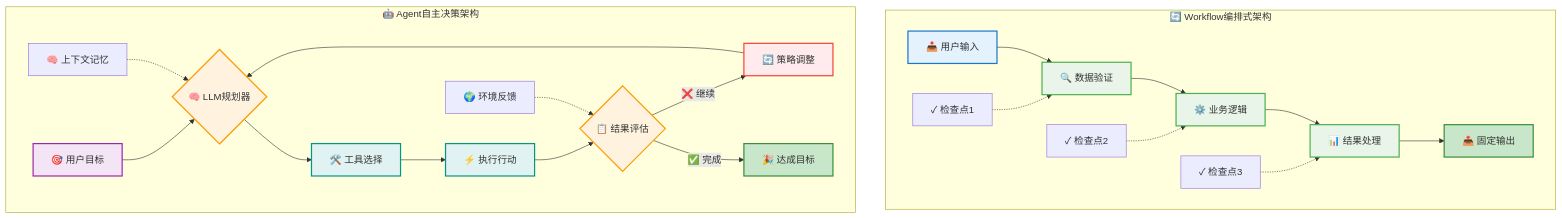
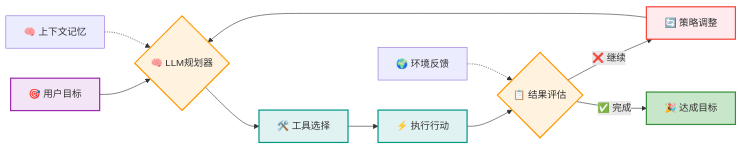
The third of 9 diagrams in agent/AI_Agent_完整入门指南.md (yxzf/claude-code-guide), drawn with Mermaid before and after one commit. The commit also changed other lines of this file, not shown here.

Commit message:
优化架构对比图解：改为上下排列布局
1. 架构图改进
   - 将并排的subgraph改为独立的上下排列图表
   - Workflow编排式架构 - 独立图表
   - Agent自主决策架构 - 独立图表

2. 移动端友好
   - 上下排列更适合移动设备阅读
   - 每个图表都有清晰的标题
   - 保持原有的颜色样式和视觉效果

3. 提升可读性
   - 更清晰的层次结构
   - 易于理解的对比展示
   - 保持内容完整性

🤖 Generated with [Claude Code](https://claude.ai/code)

````diff
--- a/agent/AI_Agent_完整入门指南.md
+++ b/agent/AI_Agent_完整入门指南.md
@@ -91,42 +113,21 @@
 ```mermaid
-graph TB
-    subgraph W ["🔄 Workflow编排式架构"]
-        direction LR
-        W1[📥 用户输入] --> W2[🔍 数据验证]
-        W2 --> W3[⚙️ 业务逻辑]
-        W3 --> W4[📊 结果处理]
-        W4 --> W5[📤 固定输出]
-        
-        W6[✓ 检查点1] -.-> W2
-        W7[✓ 检查点2] -.-> W3
-        W8[✓ 检查点3] -.-> W4
-    end
+graph LR
+    A1[🎯 用户目标] --> A2{🧠 LLM规划器}
+    A2 --> A3[🛠️ 工具选择]
+    A3 --> A4[⚡ 执行行动]
+    A4 --> A5{📋 结果评估}
+    A5 -->|❌ 继续| A6[🔄 策略调整]
+    A6 --> A2
+    A5 -->|✅ 完成| A7[🎉 达成目标]
     
-    subgraph A ["🤖 Agent自主决策架构"]
-        direction LR
-        A1[🎯 用户目标] --> A2{🧠 LLM规划器}
-        A2 --> A3[🛠️ 工具选择]
-        A3 --> A4[⚡ 执行行动]
-        A4 --> A5{📋 结果评估}
-        A5 -->|❌ 继续| A6[🔄 策略调整]
-        A6 --> A2
-        A5 -->|✅ 完成| A7[🎉 达成目标]
-        
-        A8[🌍 环境反馈] -.-> A5
-        A9[🧠 上下文记忆] -.-> A2
-    end
-    
-    style W1 fill:#e3f2fd,stroke:#1976d2,stroke-width:2px
-    style W2 fill:#e8f5e8,stroke:#4caf50,stroke-width:2px
-    style W3 fill:#e8f5e8,stroke:#4caf50,stroke-width:2px
-    style W4 fill:#e8f5e8,stroke:#4caf50,stroke-width:2px
-    style W5 fill:#c8e6c9,stroke:#388e3c,stroke-width:2px
+    A8[🌍 环境反馈] -.-> A5
+    A9[🧠 上下文记忆] -.-> A2
     
     style A1 fill:#f3e5f5,stroke:#9c27b0,stroke-width:2px
     style A2 fill:#fff3e0,stroke:#ff9800,stroke-width:2px
     style A3 fill:#e0f2f1,stroke:#009688,stroke-width:2px
     style A4 fill:#e0f2f1,stroke:#009688,stroke-width:2px
     style A5 fill:#fff3e0,stroke:#ff9800,stroke-width:2px
     style A6 fill:#ffebee,stroke:#f44336,stroke-width:2px
     style A7 fill:#c8e6c9,stroke:#388e3c,stroke-width:2px
 ```
````
